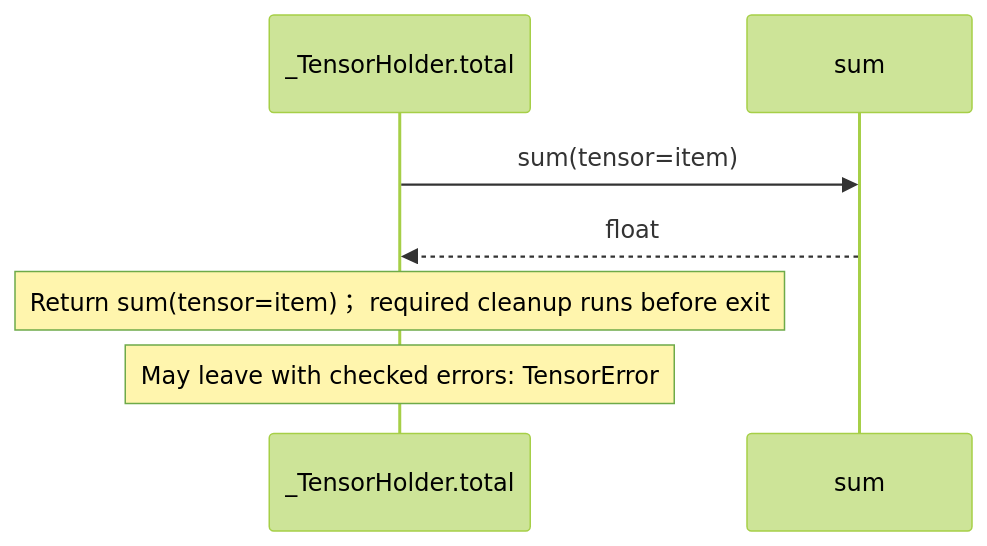
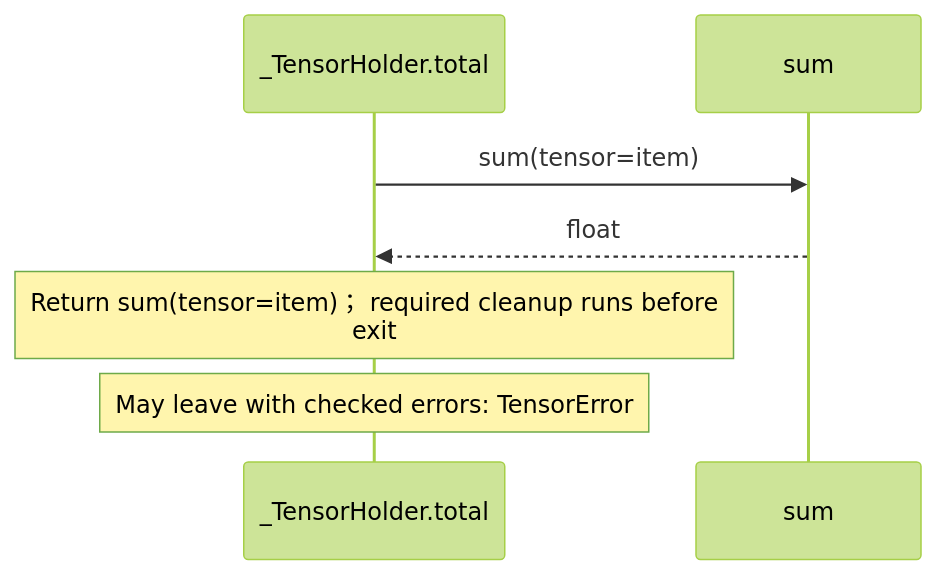
Before and after one commit to GreenPandaStudios/augscript: the eighth of 8 diagrams in docs/examples/native-pytorch/dependencies/packages/@greenpandastudios/aug-pytorch/0.1.6/api-diagrams.md, drawn with Mermaid (forest theme). The commit also changed other lines of this file and 200 other files, not shown here.

Commit message:
Group imported operations and wrap readable sequence messages

````diff
--- a/docs/examples/native-pytorch/dependencies/packages/@greenpandastudios/aug-pytorch/0.1.6/api-diagrams.md
+++ b/docs/examples/native-pytorch/dependencies/packages/@greenpandastudios/aug-pytorch/0.1.6/api-diagrams.md
@@ -225,9 +225,9 @@
 ```mermaid
 sequenceDiagram
     participant p0 as _TensorHolder.total
     participant p1 as sum
     p0->>p1: sum(tensor=item)
     p1-->>p0: float
-    Note over p0: Return sum(tensor=item)； required cleanup runs before exit
+    Note over p0: Return sum(tensor=item)； required cleanup runs before<br/>exit
     Note over p0: May leave with checked errors: TensorError
 ```
````
